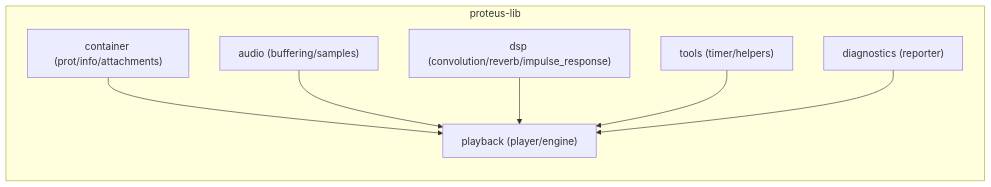
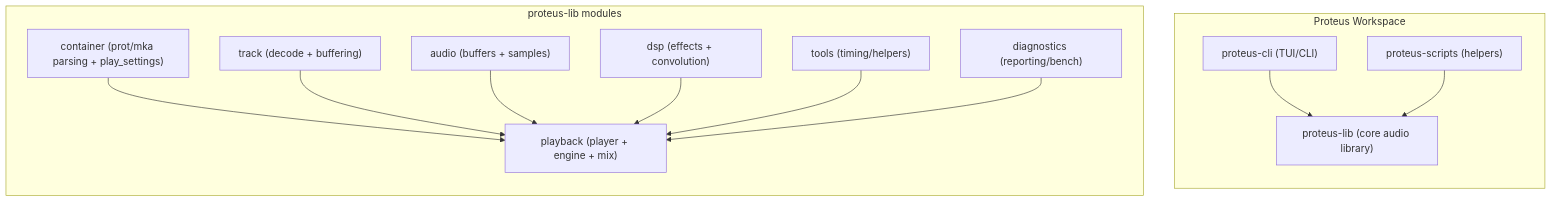
Before and after one commit to Proteus-Audio/proteus-core: the diagram in diagrams/flowchart.mmd, drawn with Mermaid. The commit also changed 16 other files, not shown here.

Commit message:
Update diagrams

```diff
--- a/diagrams/flowchart.mmd
+++ b/diagrams/flowchart.mmd
@@ -1,16 +1,28 @@
 flowchart TB
-  subgraph Core["proteus-lib"]
+  subgraph Workspace["Proteus Workspace"]
     direction TB
-    Container["container (prot/info/attachments)"]
-    Audio["audio (buffering/samples)"]
-    DSP["dsp (convolution/reverb/impulse_response)"]
-    Playback["playback (player/engine)"]
-    Diagnostics["diagnostics (reporter)"]
-    Tools["tools (timer/helpers)"]
+    CLI["proteus-cli (TUI/CLI)"]
+    Scripts["proteus-scripts (helpers)"]
+    Lib["proteus-lib (core audio library)"]
   end
 
+  subgraph Core["proteus-lib modules"]
+    direction TB
+    Container["container (prot/mka parsing + play_settings)"]
+    Track["track (decode + buffering)"]
+    Audio["audio (buffers + samples)"]
+    DSP["dsp (effects + convolution)"]
+    Playback["playback (player + engine + mix)"]
+    Diagnostics["diagnostics (reporting/bench)"]
+    Tools["tools (timing/helpers)"]
+  end
+
+  CLI --> Lib
+  Scripts --> Lib
+
   Container --> Playback
+  Track --> Playback
   Audio --> Playback
   DSP --> Playback
   Tools --> Playback
   Diagnostics --> Playback
```
